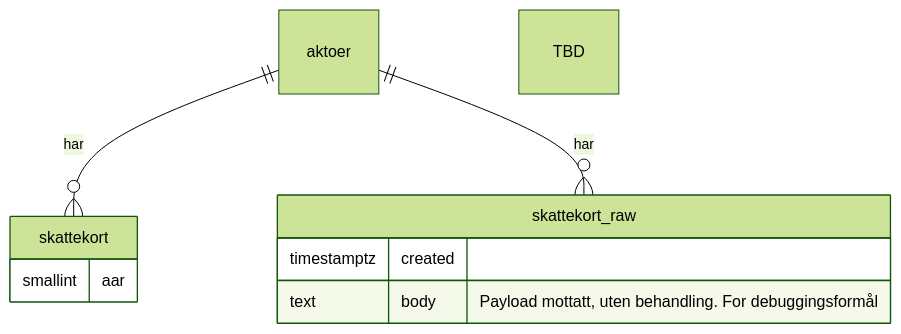
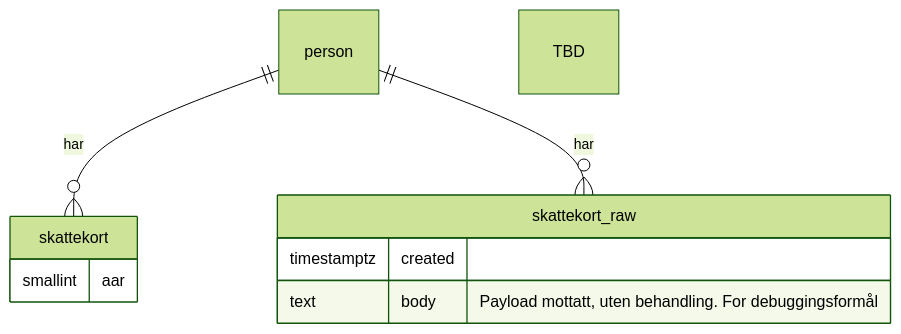
Before and after one commit to navikt/sokos-skattekort: the sixth of 6 diagrams in README.md, drawn with Mermaid (forest theme). The commit also changed other lines of this file and 25 other files, not shown here.

````diff
--- a/README.md
+++ b/README.md
@@ -162,13 +182,13 @@
 ```mermaid
 erDiagram
-    aktoer ||--o{ skattekort: har
-    aktoer ||--o{ skattekort_raw: har
+    person ||--o{ skattekort: har
+    person ||--o{ skattekort_raw: har
     skattekort {
-        smallint aar 
+        smallint aar
     }
     skattekort_raw {
-        timestamptz  created
-        text         body "Payload mottatt, uten behandling. For debuggingsformål"
+        timestamptz created
+        text body "Payload mottatt, uten behandling. For debuggingsformål"
     }
     TBD
 ```
````
